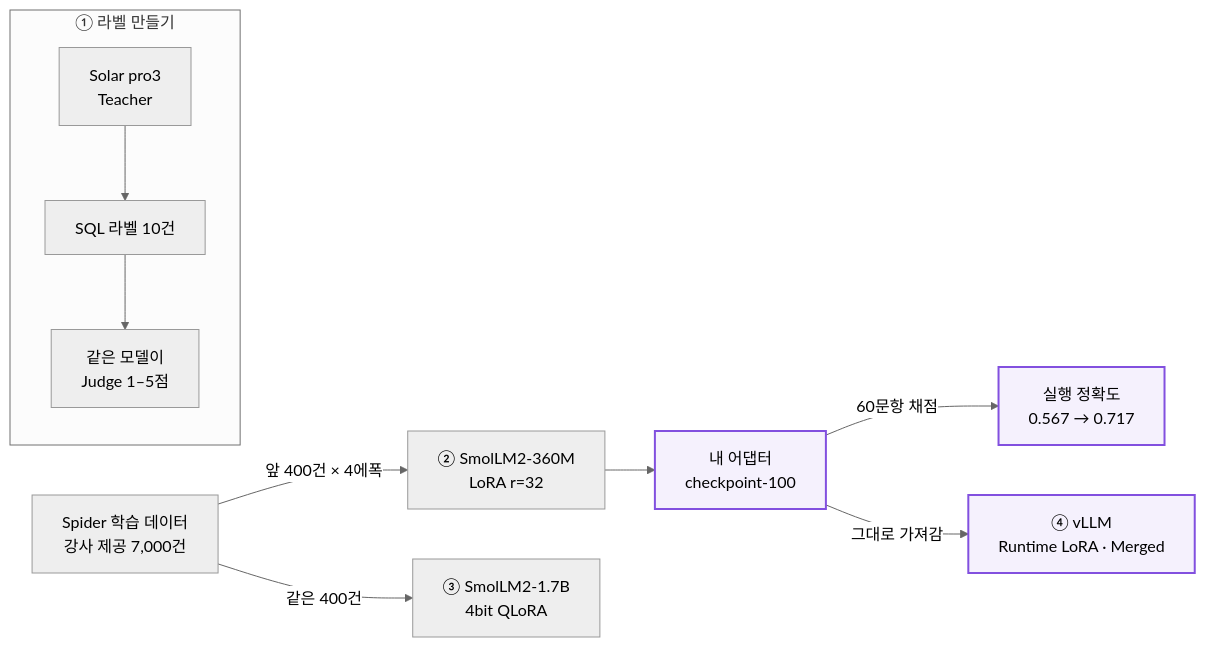
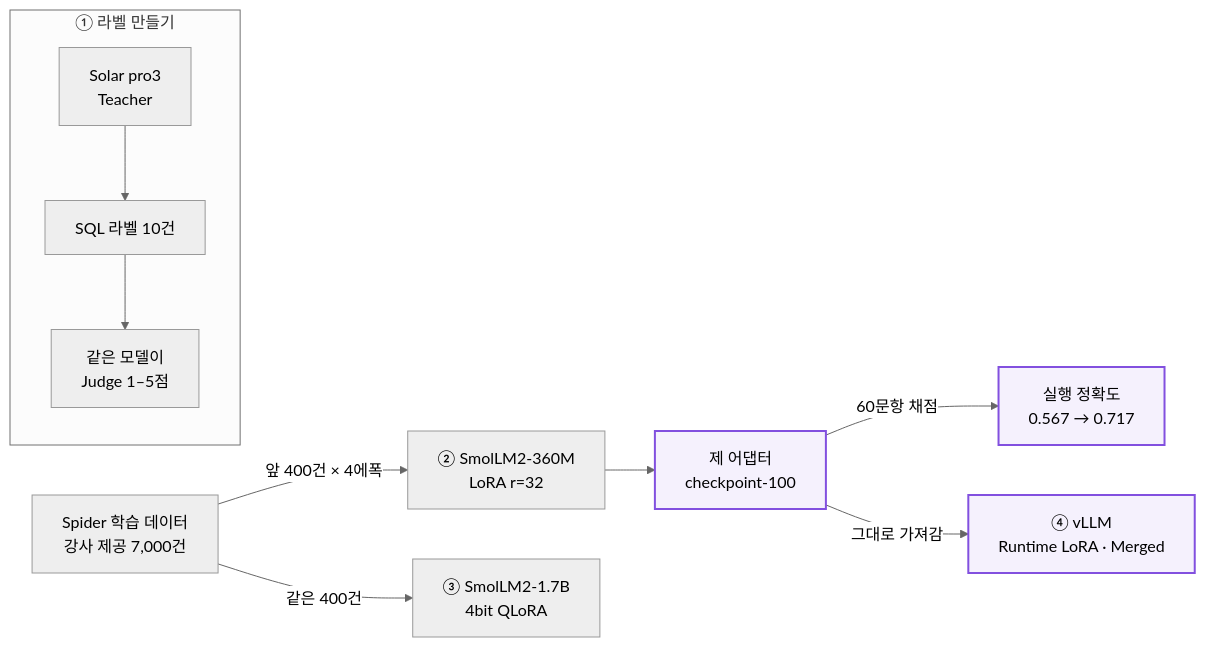
The second of 2 diagrams in AI_PORTFOLIO.md (handongin1500/handongin1500), drawn with Mermaid (neutral theme) before and after one commit. The commit also changed other lines of this file and 5 other files, not shown here.

````diff
--- a/AI_PORTFOLIO.md
+++ b/AI_PORTFOLIO.md
@@ -259,13 +257,13 @@
 ```mermaid
 flowchart LR
   subgraph S1["① 라벨 만들기"]
     T["Solar pro3<br/>Teacher"] --> L["SQL 라벨 10건"] --> J["같은 모델이<br/>Judge 1–5점"]
   end
   D["Spider 학습 데이터<br/>강사 제공 7,000건"] -->|"앞 400건 × 4에폭"| A["② SmolLM2-360M<br/>LoRA r=32"]
-  A --> AD["내 어댑터<br/>checkpoint-100"]
+  A --> AD["제 어댑터<br/>checkpoint-100"]
   AD -->|"60문항 채점"| EV["실행 정확도<br/>0.567 → 0.717"]
   D -->|"같은 400건"| Q["③ SmolLM2-1.7B<br/>4bit QLoRA"]
   AD -->|"그대로 가져감"| V["④ vLLM<br/>Runtime LoRA · Merged"]
   classDef mine fill:#8250DF14,stroke:#8250DF,stroke-width:2px
   class AD,EV,V mine
 ```
````
